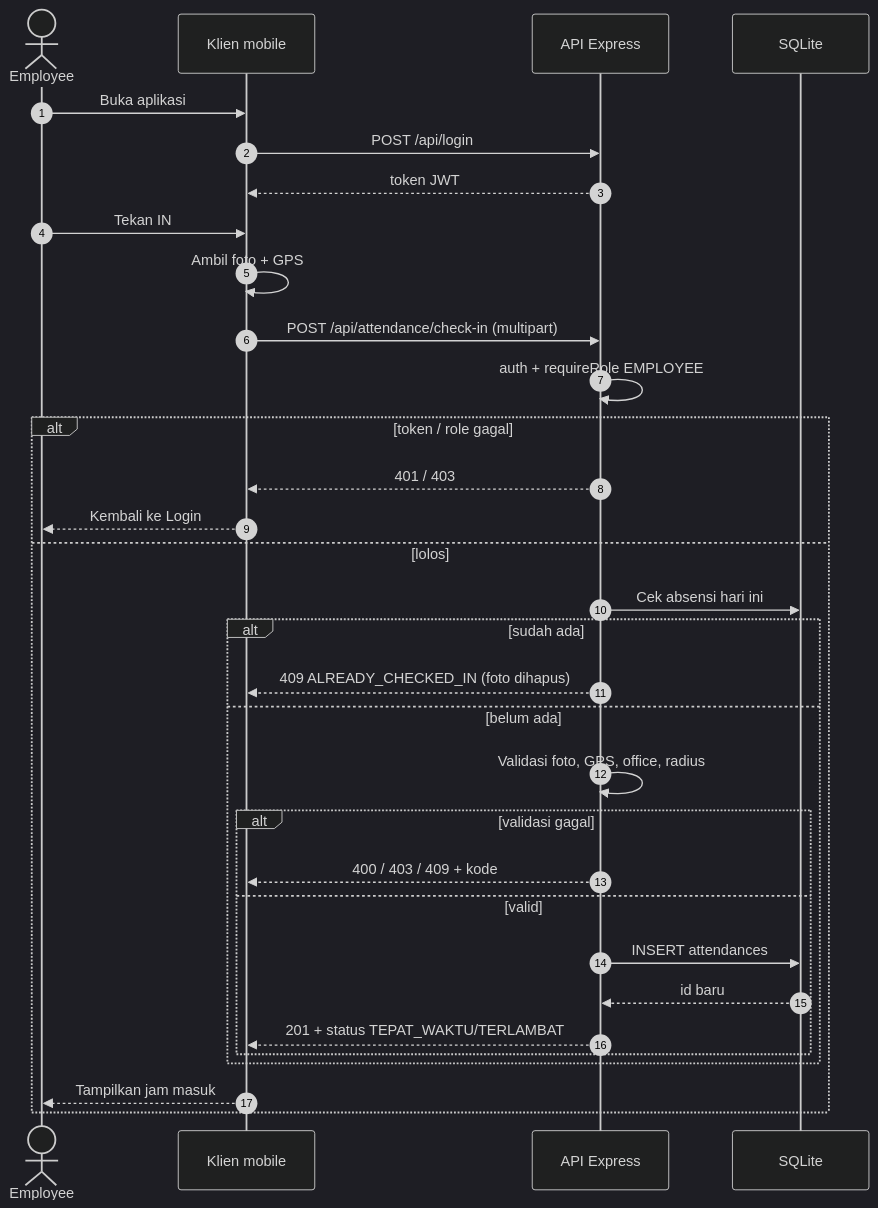
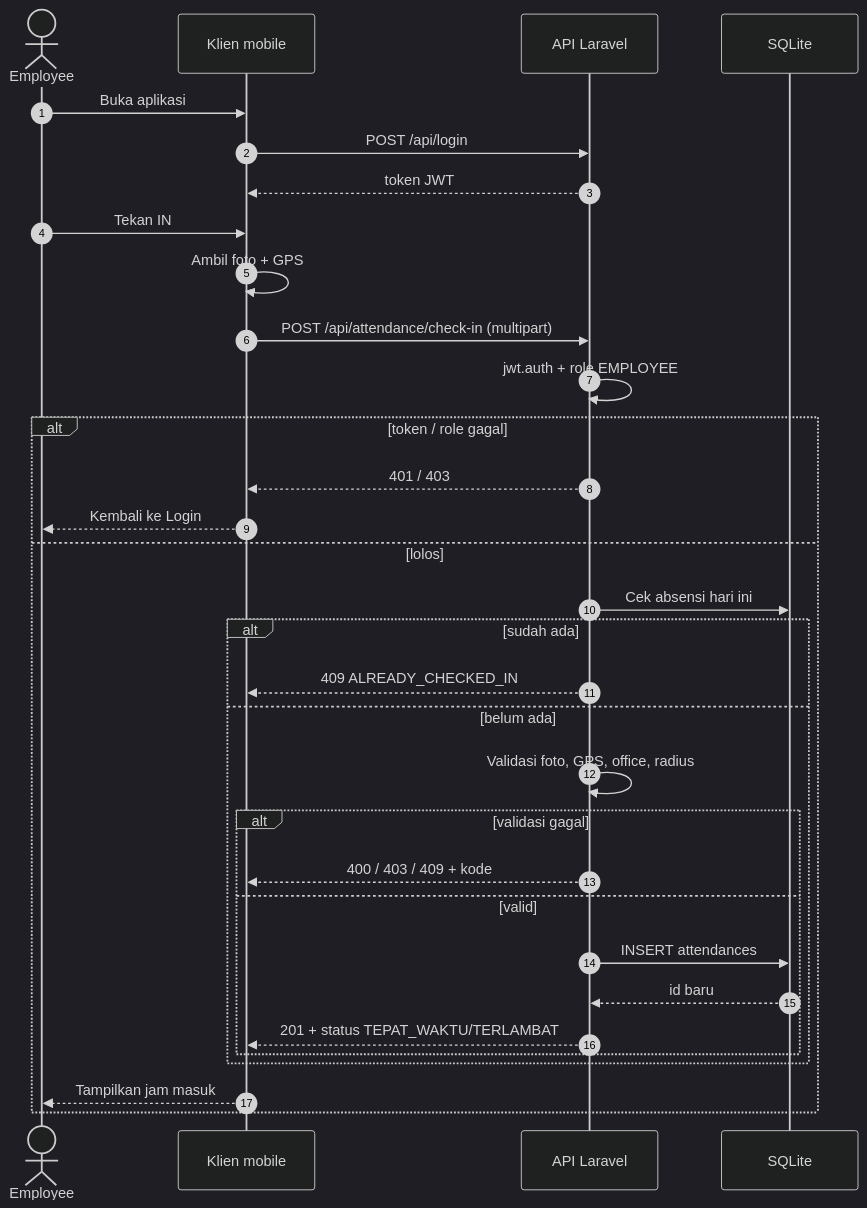
The second of 7 diagrams in docs/project-a/08-Business-Process-Documentation.md (faizmarwan2/Project1), drawn with Mermaid (dark theme) before and after one commit. The commit also changed other lines of this file and 20 other files, not shown here.

````diff
--- a/docs/project-a/08-Business-Process-Documentation.md
+++ b/docs/project-a/08-Business-Process-Documentation.md
@@ -103,35 +103,35 @@
 ```mermaid
 sequenceDiagram
     autonumber
     actor E as Employee
     participant M as Klien mobile
-    participant A as API Express
+    participant A as API Laravel
     participant DB as SQLite
 
     E->>M: Buka aplikasi
     M->>A: POST /api/login
     A-->>M: token JWT
     E->>M: Tekan IN
     M->>M: Ambil foto + GPS
     M->>A: POST /api/attendance/check-in (multipart)
-    A->>A: auth + requireRole EMPLOYEE
+    A->>A: jwt.auth + role EMPLOYEE
     alt token / role gagal
         A-->>M: 401 / 403
         M-->>E: Kembali ke Login
     else lolos
         A->>DB: Cek absensi hari ini
         alt sudah ada
-            A-->>M: 409 ALREADY_CHECKED_IN (foto dihapus)
+            A-->>M: 409 ALREADY_CHECKED_IN
         else belum ada
             A->>A: Validasi foto, GPS, office, radius
             alt validasi gagal
                 A-->>M: 400 / 403 / 409 + kode
             else valid
                 A->>DB: INSERT attendances
                 DB-->>A: id baru
                 A-->>M: 201 + status TEPAT_WAKTU/TERLAMBAT
             end
         end
         M-->>E: Tampilkan jam masuk
     end
 ```
````
